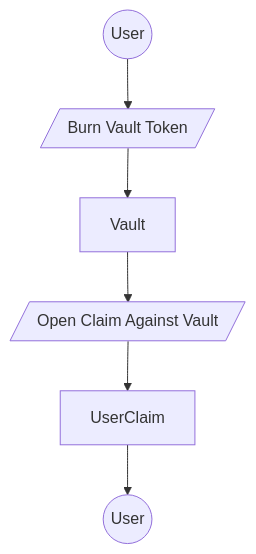
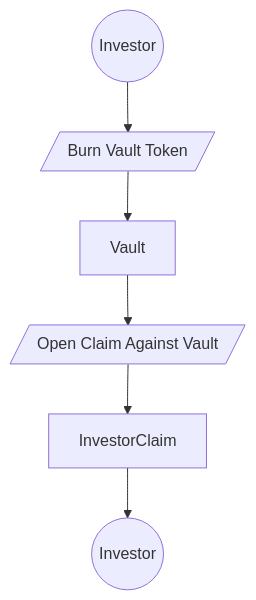
Before and after one commit to n3m6/Q2_25_Builder_Faraz: the fifth of 8 diagrams in docs/Architecture.md, drawn with Mermaid. The commit also changed other lines of this file, not shown here.

````diff
--- a/docs/Architecture.md
+++ b/docs/Architecture.md
@@ -86,8 +132,8 @@
 ```mermaid
 flowchart TD
-    A((User)) --> B[/Burn Vault Token/]
+    A((Investor)) --> B[/Burn Vault Token/]
     B --> C[Vault]
     C --> D[/Open Claim Against Vault/]
-    D --> E[UserClaim]
-    E --> F((User))
+    D --> E[InvestorClaim]
+    E --> F((Investor))
 ```
````
